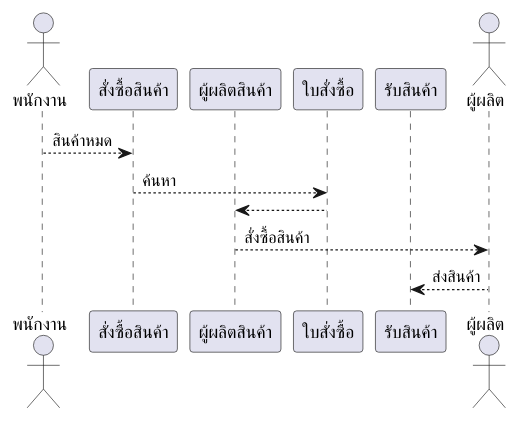
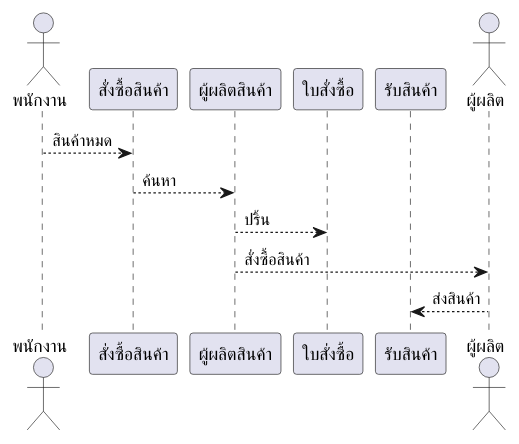
One commit to tanakorn128/Bookstore-Mamagement-System changed the diagram in 60030041/sequence diagram2.puml. Above: the diagram before and after it, drawn with PlantUML. The commit also changed 11 other files, not shown here.

```diff
--- a/60030041/sequence diagram2.puml
+++ b/60030041/sequence diagram2.puml
@@ -1,14 +1,14 @@
 @startuml "สั่งซื้อสินค้า"
 actor "พนักงาน"
 participant "สั่งซื้อสินค้า"
 participant "ผู้ผลิตสินค้า"
 participant "ใบสั่งซื้อ"
 participant "รับสินค้า"
 actor "ผู้ผลิต"
 "พนักงาน" --> "สั่งซื้อสินค้า":สินค้าหมด
-"สั่งซื้อสินค้า" --> "ใบสั่งซื้อ":ค้นหา
-"ใบสั่งซื้อ" --> "ผู้ผลิตสินค้า"
+"สั่งซื้อสินค้า" --> "ผู้ผลิตสินค้า":ค้นหา
+"ผู้ผลิตสินค้า"  --> "ใบสั่งซื้อ":ปริ้น
 "ผู้ผลิตสินค้า" --> "ผู้ผลิต":สั่งซื้อสินค้า
 "ผู้ผลิต" --> "รับสินค้า": ส่งสินค้า
 
 @enduml
```
